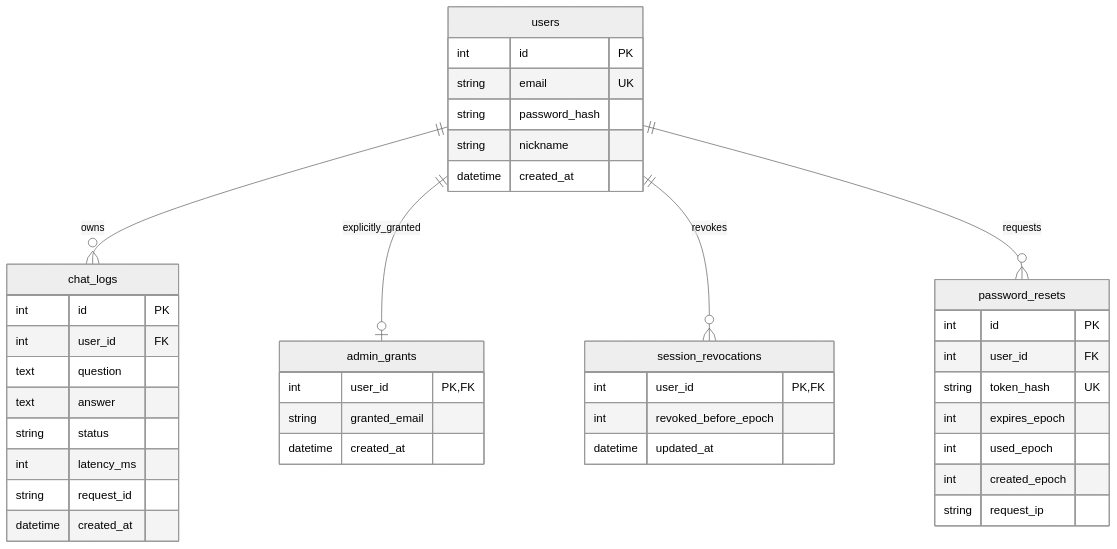
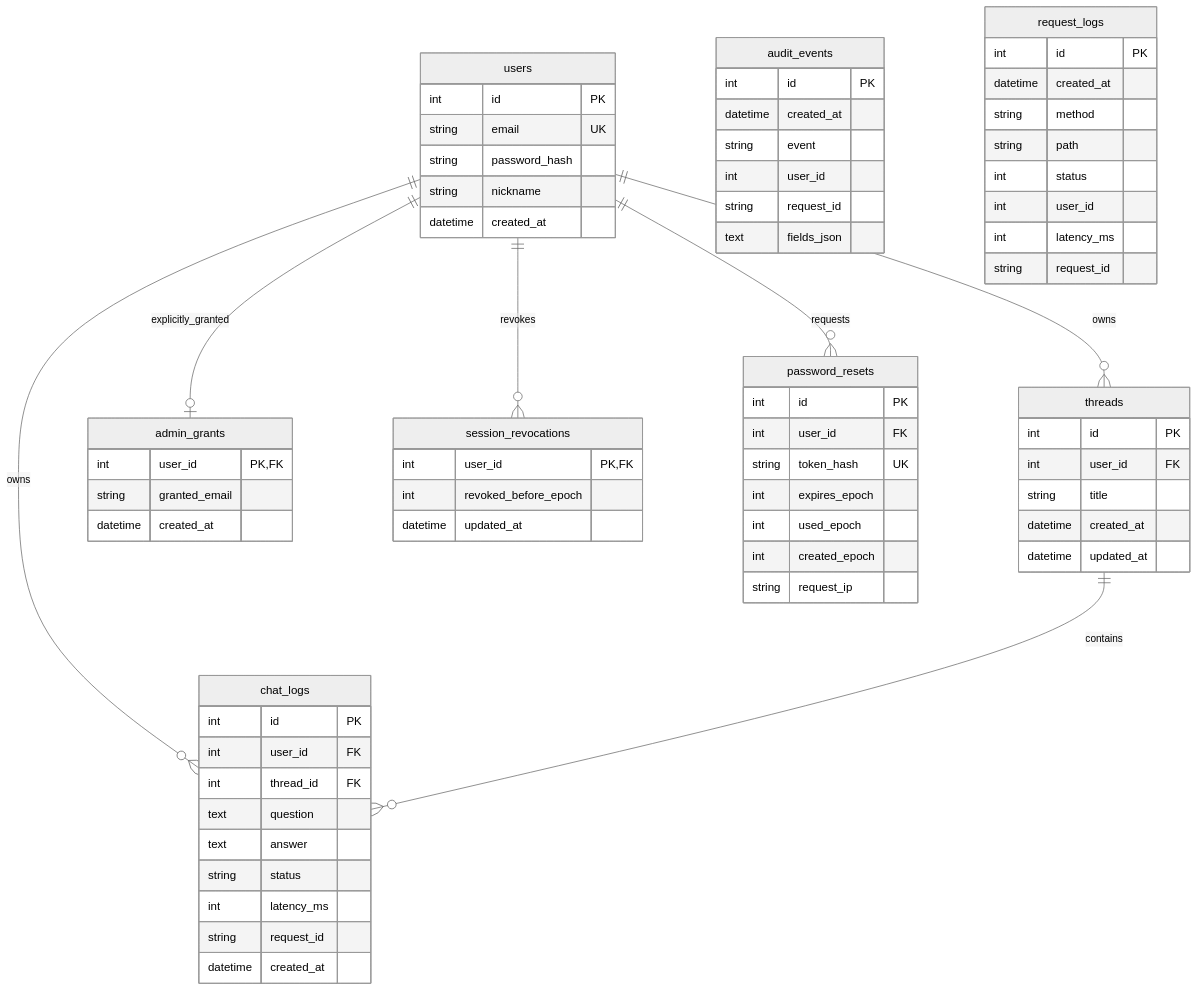
Before and after one commit to codyssey-term-mission-B7-1/ai-chatbot-service: the second of 2 diagrams in docs/project/05-architecture-data.md, drawn with Mermaid (neutral theme). The commit also changed other lines of this file and 9 other files, not shown here.

````diff
--- a/docs/project/05-architecture-data.md
+++ b/docs/project/05-architecture-data.md
@@ -40,33 +40,55 @@
 ```mermaid
 erDiagram
+  users ||--o{ threads : owns
   users ||--o{ chat_logs : owns
+  threads ||--o{ chat_logs : contains
   users ||--o| admin_grants : explicitly_granted
   users ||--o{ session_revocations : revokes
   users ||--o{ password_resets : requests
   users { int id PK
     string email UK
     string password_hash
     string nickname
     datetime created_at }
+  threads { int id PK
+    int user_id FK
+    string title
+    datetime created_at
+    datetime updated_at }
   chat_logs { int id PK
     int user_id FK
+    int thread_id FK
     text question
     text answer
     string status
     int latency_ms
     string request_id
     datetime created_at }
   admin_grants { int user_id PK,FK
     string granted_email
     datetime created_at }
   session_revocations { int user_id PK,FK
     int revoked_before_epoch
     datetime updated_at }
   password_resets { int id PK
     int user_id FK
     string token_hash UK
     int expires_epoch
     int used_epoch
     int created_epoch
     string request_ip }
+  audit_events { int id PK
+    datetime created_at
+    string event
+    int user_id
+    string request_id
+    text fields_json }
+  request_logs { int id PK
+    datetime created_at
+    string method
+    string path
+    int status
+    int user_id
+    int latency_ms
+    string request_id }
 ```
````
